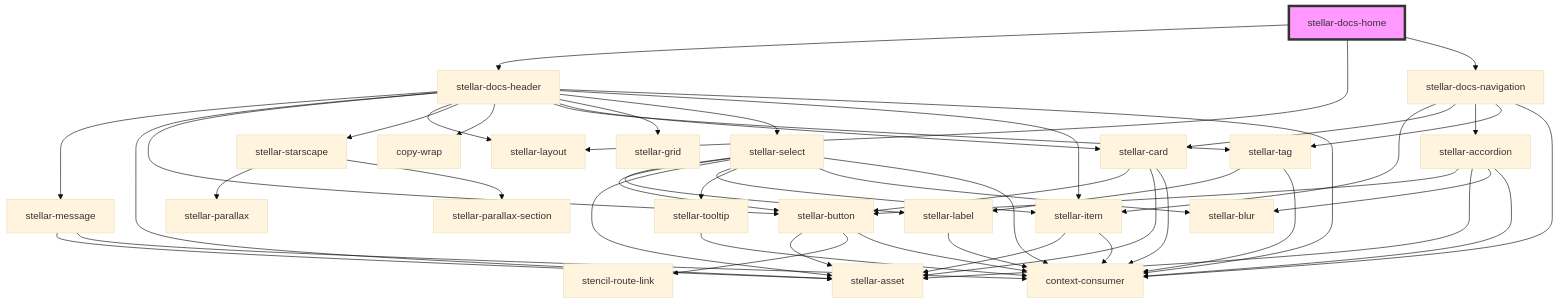
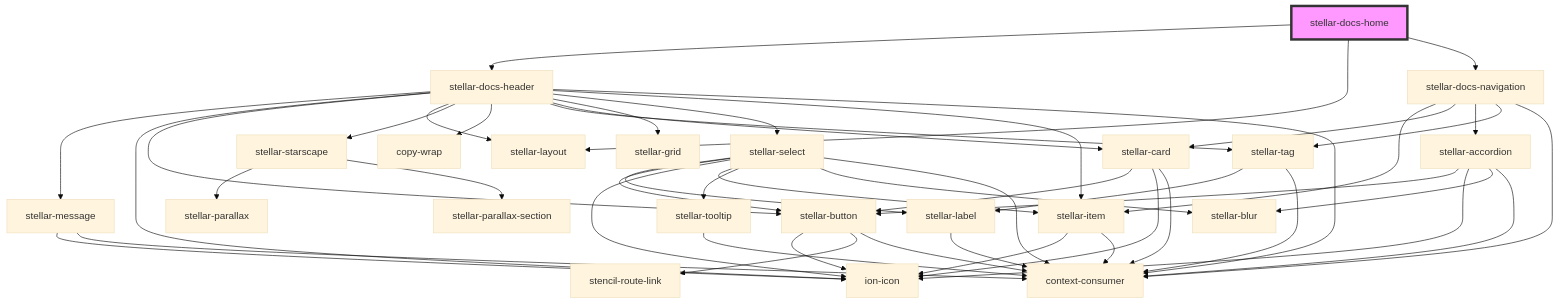
Before and after one commit to splitinfinities/Stellar: the diagram in src/components/docs/home/readme.md, drawn with Mermaid (base theme). The commit also changed 108 other files, not shown here.

Commit message:
Remove stellar-asset.

````diff
--- a/src/components/docs/home/readme.md
+++ b/src/components/docs/home/readme.md
@@ -17,51 +17,51 @@
 ```mermaid
 graph TD;
   stellar-docs-home --> stellar-docs-header
   stellar-docs-home --> stellar-layout
   stellar-docs-home --> stellar-docs-navigation
   stellar-docs-header --> stellar-message
-  stellar-docs-header --> stellar-asset
+  stellar-docs-header --> ion-icon
   stellar-docs-header --> stellar-button
   stellar-docs-header --> stellar-layout
   stellar-docs-header --> stellar-starscape
   stellar-docs-header --> copy-wrap
   stellar-docs-header --> stellar-tag
   stellar-docs-header --> stellar-card
   stellar-docs-header --> stellar-grid
   stellar-docs-header --> stellar-select
   stellar-docs-header --> stellar-item
   stellar-docs-header --> context-consumer
-  stellar-message --> stellar-asset
+  stellar-message --> ion-icon
   stellar-message --> context-consumer
-  stellar-button --> stellar-asset
+  stellar-button --> ion-icon
   stellar-button --> stencil-route-link
   stellar-button --> context-consumer
   stellar-starscape --> stellar-parallax
   stellar-starscape --> stellar-parallax-section
   stellar-tag --> stellar-label
   stellar-tag --> context-consumer
   stellar-label --> context-consumer
   stellar-card --> stellar-button
-  stellar-card --> stellar-asset
+  stellar-card --> ion-icon
   stellar-card --> context-consumer
   stellar-select --> stellar-label
   stellar-select --> stellar-button
-  stellar-select --> stellar-asset
+  stellar-select --> ion-icon
   stellar-select --> stellar-item
   stellar-select --> stellar-tooltip
   stellar-select --> stellar-blur
   stellar-select --> context-consumer
-  stellar-item --> stellar-asset
+  stellar-item --> ion-icon
   stellar-item --> context-consumer
   stellar-tooltip --> context-consumer
   stellar-docs-navigation --> stellar-item
   stellar-docs-navigation --> stellar-card
   stellar-docs-navigation --> stellar-accordion
   stellar-docs-navigation --> stellar-tag
   stellar-docs-navigation --> context-consumer
   stellar-accordion --> stellar-button
-  stellar-accordion --> stellar-asset
+  stellar-accordion --> ion-icon
   stellar-accordion --> stellar-blur
   stellar-accordion --> context-consumer
   style stellar-docs-home fill:#f9f,stroke:#333,stroke-width:4px
 ```
````
